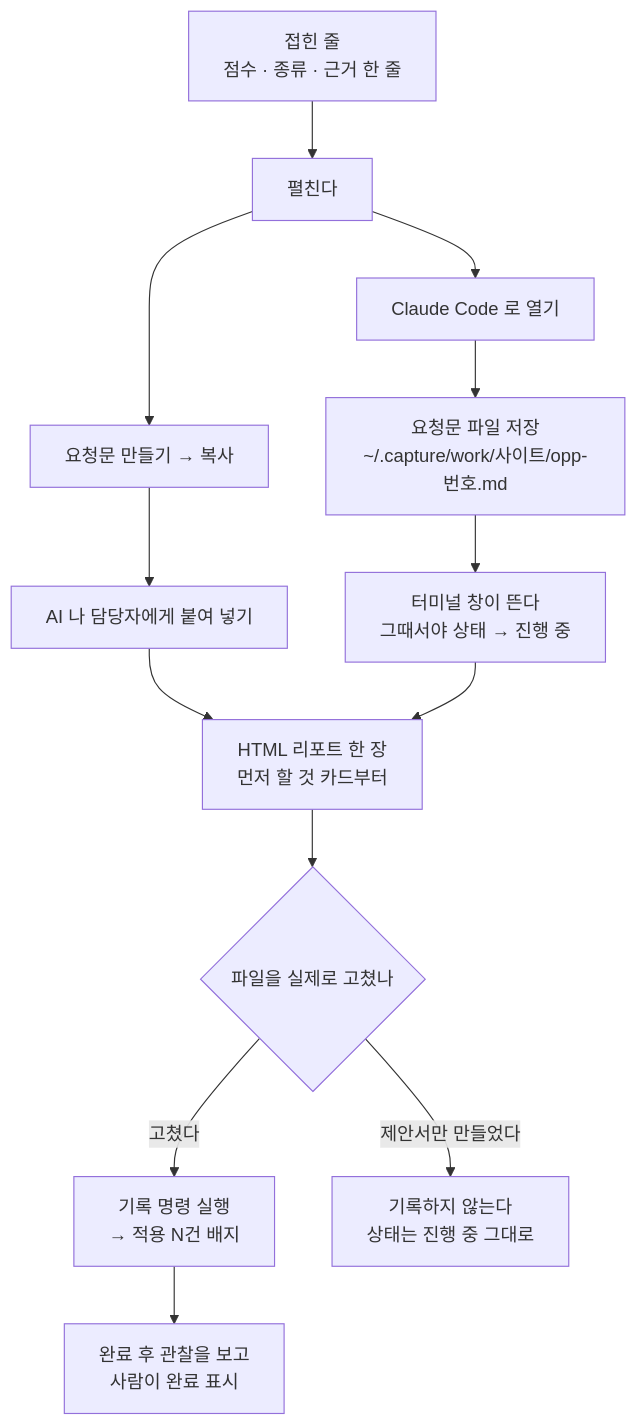
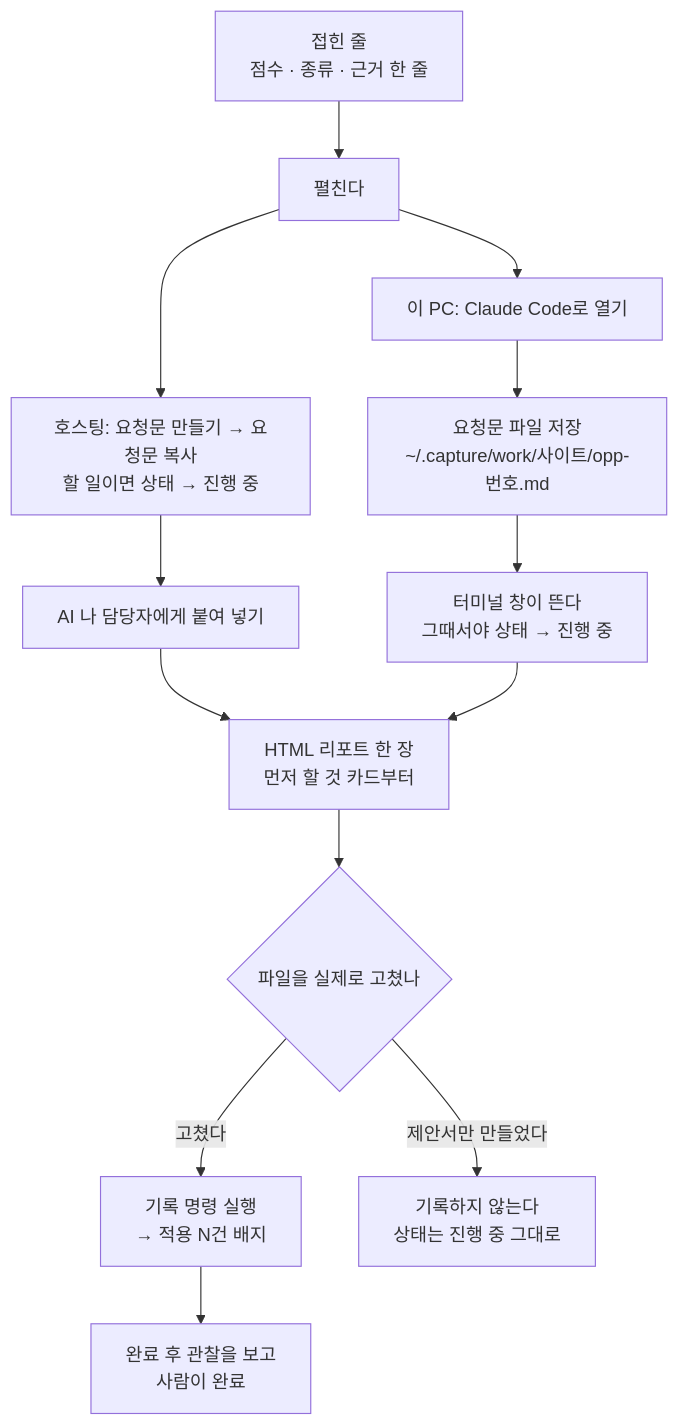
The diagram in docs/screens/opportunity-card.md (seanjr2847/seo-miner), drawn with Mermaid before and after one commit. The commit also changed other lines of this file and 21 other files, not shown here.

````diff
--- a/docs/screens/opportunity-card.md
+++ b/docs/screens/opportunity-card.md
@@ -297,15 +299,15 @@
 ```mermaid
 flowchart TD
   A["접힌 줄<br/>점수 · 종류 · 근거 한 줄"] --> B["펼친다"]
-  B --> C["요청문 만들기 → 복사"]
-  B --> D["Claude Code 로 열기"]
+  B --> C["호스팅: 요청문 만들기 → 요청문 복사<br/>할 일이면 상태 → 진행 중"]
+  B --> D["이 PC: Claude Code로 열기"]
   C --> E["AI 나 담당자에게 붙여 넣기"]
   D --> F["요청문 파일 저장<br/>~/.capture/work/사이트/opp-번호.md"]
   F --> G["터미널 창이 뜬다<br/>그때서야 상태 → 진행 중"]
   E --> H["HTML 리포트 한 장<br/>먼저 할 것 카드부터"]
   G --> H
   H --> I{"파일을 실제로 고쳤나"}
   I -->|"고쳤다"| J["기록 명령 실행<br/>→ 적용 N건 배지"]
   I -->|"제안서만 만들었다"| K["기록하지 않는다<br/>상태는 진행 중 그대로"]
-  J --> L["완료 후 관찰을 보고<br/>사람이 완료 표시"]
+  J --> L["완료 후 관찰을 보고<br/>사람이 완료"]
 ```
````
